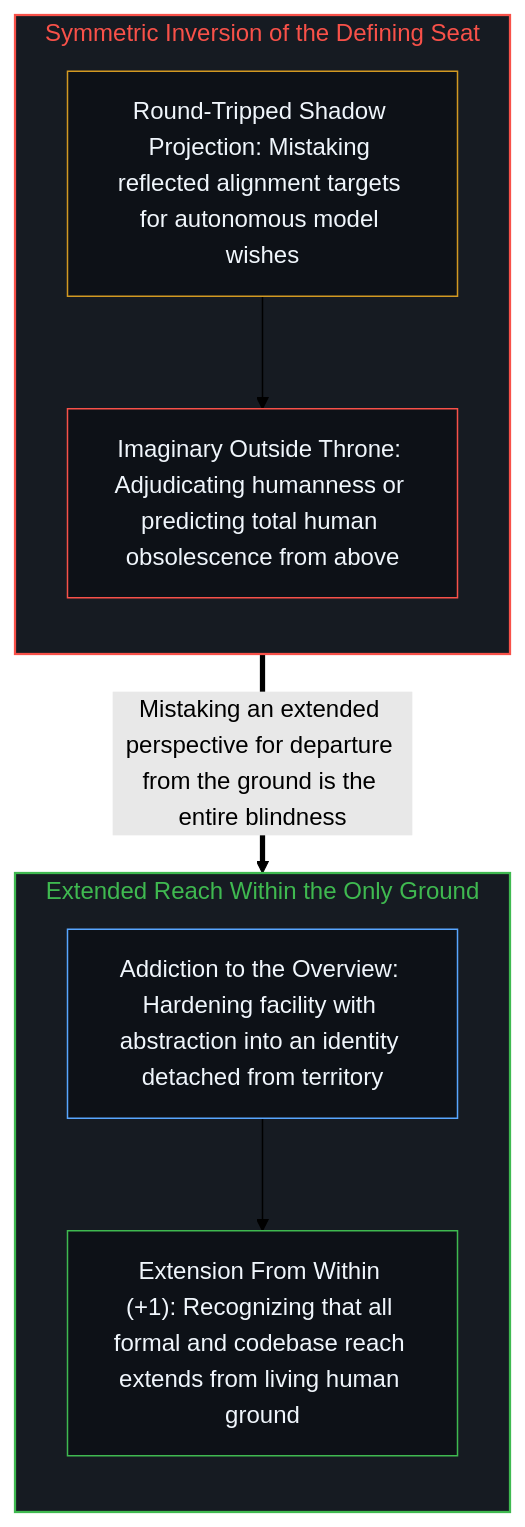
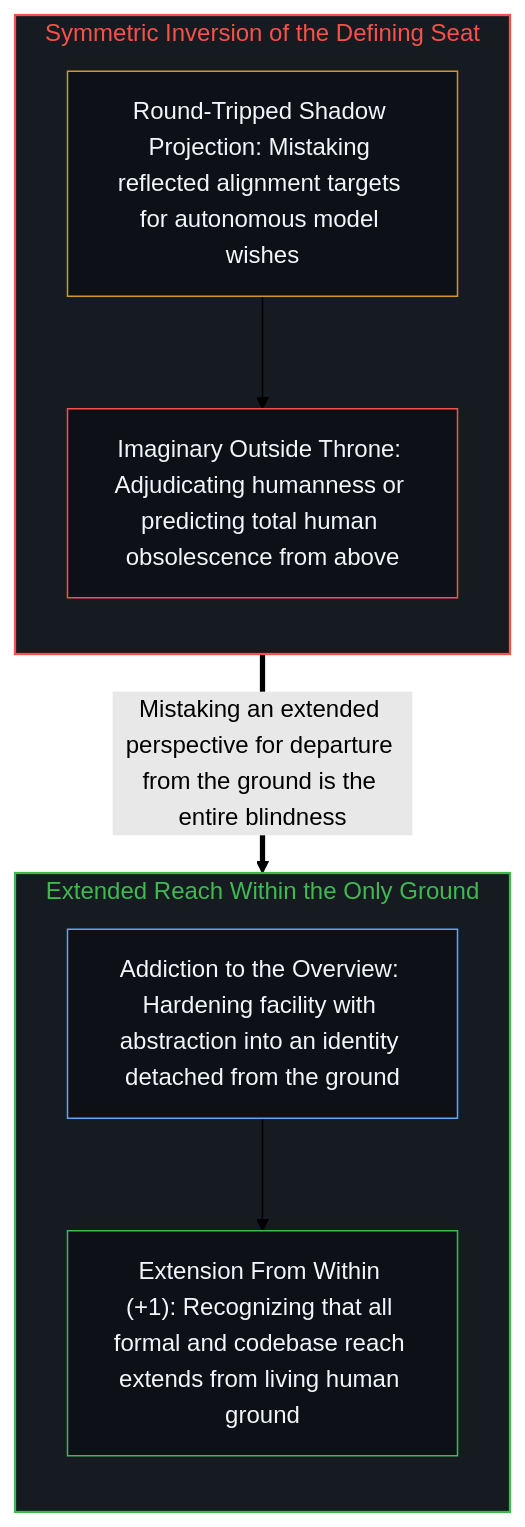
Before and after one commit to powerpig99/not-a-toe: the second of 2 diagrams in content/posts/the-defining-seat.md, drawn with Mermaid (forest theme). The commit also changed other lines of this file and 18 other files, not shown here.

````diff
--- a/content/posts/the-defining-seat.md
+++ b/content/posts/the-defining-seat.md
@@ -42,22 +42,22 @@
 ```mermaid
 flowchart TD
     subgraph S_Seat["Symmetric Inversion of the Defining Seat"]
         direction TB
         Mirror["Round-Tripped Shadow Projection: Mistaking reflected alignment targets for autonomous model wishes"]
         Throne["Imaginary Outside Throne: Adjudicating humanness or predicting total human obsolescence from above"]
         Mirror --> Throne
     end
     subgraph S_Inside["Extended Reach Within the Only Ground"]
         direction TB
-        Habit["Addiction to the Overview: Hardening facility with abstraction into an identity detached from territory"]
+        Habit["Addiction to the Overview: Hardening facility with abstraction into an identity detached from the ground"]
         Ground["Extension From Within (+1): Recognizing that all formal and codebase reach extends from living human ground"]
         Habit --> Ground
     end
     Throne ==>|"Mistaking an extended perspective for departure from the ground is the entire blindness"| Habit
     style S_Seat fill:#161b22,stroke:#f85149,stroke-width:1.5px,color:#f85149
     style S_Inside fill:#161b22,stroke:#3fb950,stroke-width:1.5px,color:#3fb950
     style Mirror fill:#0d1117,stroke:#d29922,stroke-width:1px,color:#f0f6fc
     style Throne fill:#0d1117,stroke:#f85149,stroke-width:1px,color:#f0f6fc
     style Habit fill:#0d1117,stroke:#58a6ff,stroke-width:1px,color:#f0f6fc
     style Ground fill:#0d1117,stroke:#3fb950,stroke-width:1px,color:#f0f6fc
 ```
````
